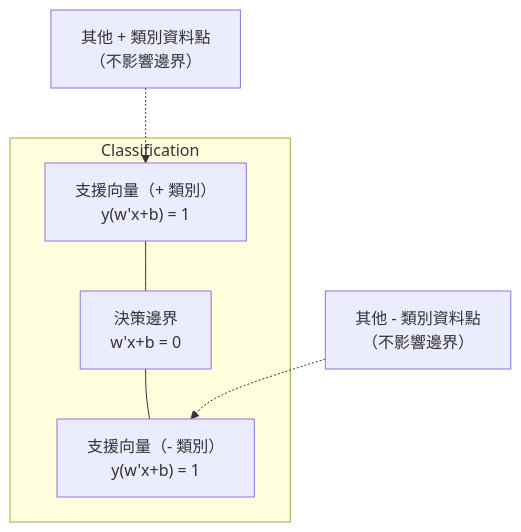
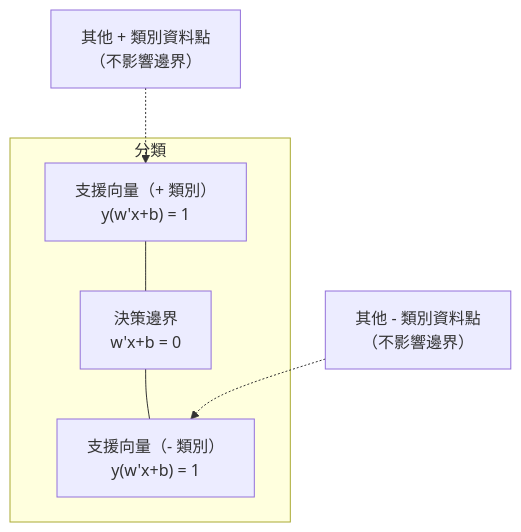
Before and after one commit to edward821220/ai-engineering-from-scratch: the second of 3 diagrams in i18n/zh-TW/phases/02-ml-fundamentals/05-support-vector-machines/docs/zh-TW.md, drawn with Mermaid. The commit also changed other lines of this file and 123 other files, not shown here.

````diff
--- a/i18n/zh-TW/phases/02-ml-fundamentals/05-support-vector-machines/docs/zh-TW.md
+++ b/i18n/zh-TW/phases/02-ml-fundamentals/05-support-vector-machines/docs/zh-TW.md
@@ -70,9 +70,9 @@
 ```mermaid
 graph TD
-    subgraph Classification
+    subgraph 分類
         SV1["支援向量（+ 類別）<br>y(w'x+b) = 1"] --- DB["決策邊界<br>w'x+b = 0"]
         DB --- SV2["支援向量（- 類別）<br>y(w'x+b) = 1"]
     end
     O1["其他 + 類別資料點<br>（不影響邊界）"] -.-> SV1
     O2["其他 - 類別資料點<br>（不影響邊界）"] -.-> SV2
 ```
````
